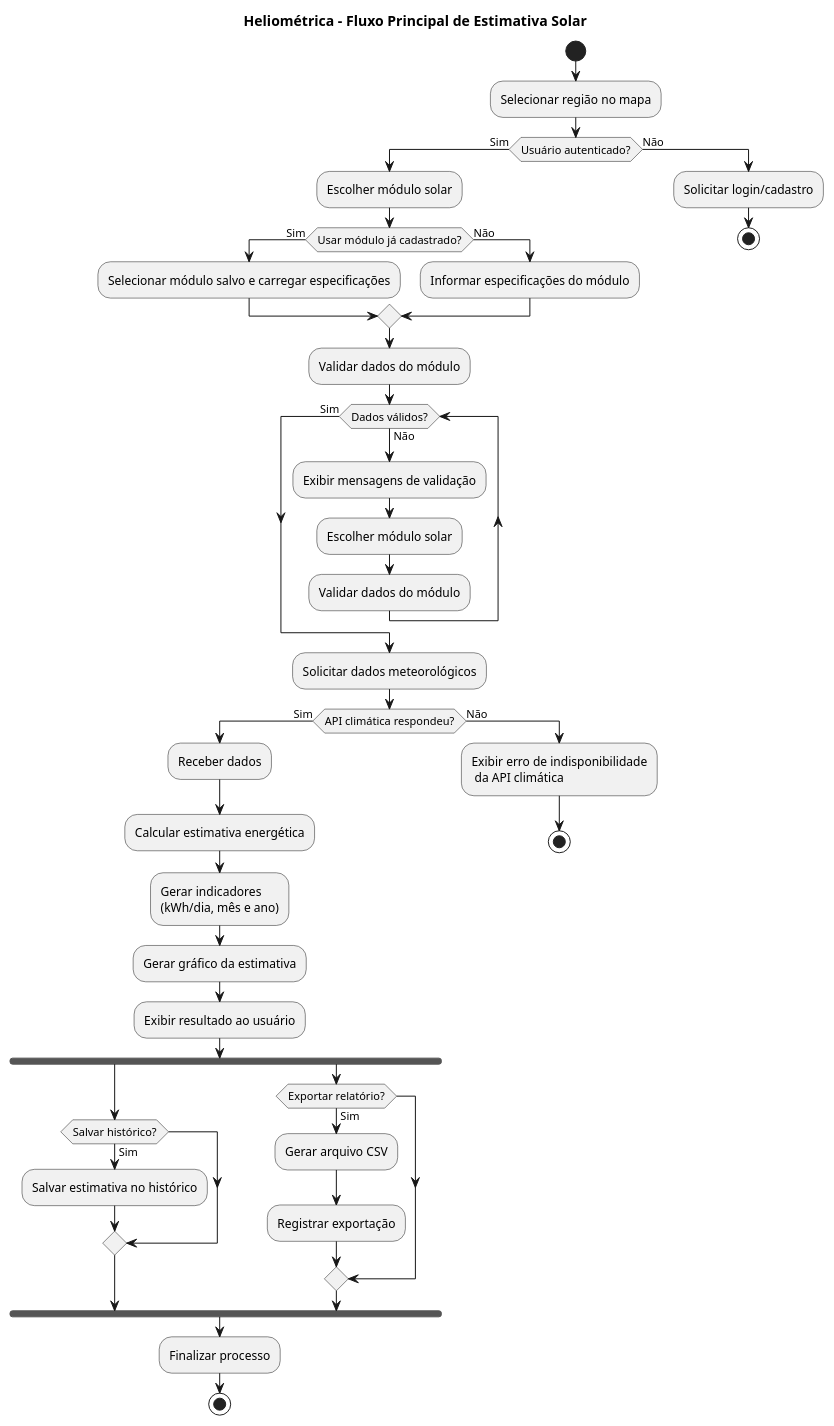
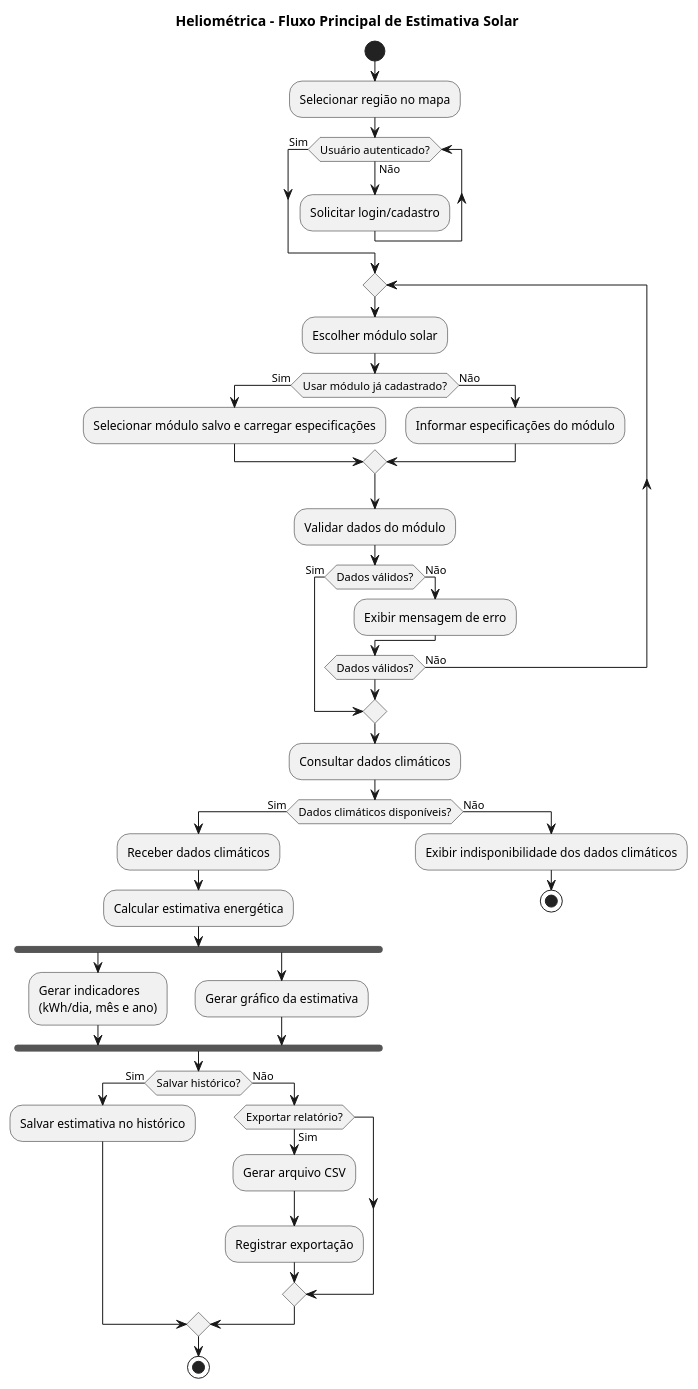
Before and after one commit to heliometrica-project/heliometrica: the diagram in docs/modelagem/unidade02/diagrama-atividades-estimativa.puml, drawn with PlantUML.

Commit message:
corrigir diagrama de atividades

```diff
--- a/docs/modelagem/unidade02/diagrama-atividades-estimativa.puml
+++ b/docs/modelagem/unidade02/diagrama-atividades-estimativa.puml
@@ -1,69 +1,68 @@
 @startuml estimativa
 title Heliométrica - Fluxo Principal de Estimativa Solar
 
 start
 
 :Selecionar região no mapa;
 
-if (Usuário autenticado?) then (Sim)
+while (Usuário autenticado?) is (Não)
+    :Solicitar login/cadastro;
+endwhile (Sim)
+
+repeat
 
     :Escolher módulo solar;
 
     if (Usar módulo já cadastrado?) then (Sim)
         :Selecionar módulo salvo e carregar especificações;
     else (Não)
         :Informar especificações do módulo;
     endif
 
     :Validar dados do módulo;
 
-    while (Dados válidos?) is (Não)
-        :Exibir mensagens de validação;
-        :Escolher módulo solar;
-        :Validar dados do módulo;
-    endwhile (Sim)
+    if (Dados válidos?) then (Sim)
+        break
+    else (Não)
+        :Exibir mensagem de erro;
+    endif
 
-    :Solicitar dados meteorológicos;
+repeat while (Dados válidos?) is (Não)
 
-    if (API climática respondeu?) then (Sim)
+:Consultar dados climáticos;
 
-        :Receber dados;
+if (Dados climáticos disponíveis?) then (Sim)
 
-        :Calcular estimativa energética;
+    :Receber dados climáticos;
+
+    :Calcular estimativa energética;
+
+    fork
         :Gerar indicadores\n(kWh/dia, mês e ano);
+    fork again
         :Gerar gráfico da estimativa;
-        :Exibir resultado ao usuário;
+    end fork
 
-        fork
+    if (Salvar histórico?) then (Sim)
 
-            if (Salvar histórico?) then (Sim)
-                :Salvar estimativa no histórico;
-            endif
-
-        fork again
-
-            if (Exportar relatório?) then (Sim)
-                :Gerar arquivo CSV;
-                :Registrar exportação;
-            endif
-
-        end fork
-
-        :Finalizar processo;
-        stop
+        :Salvar estimativa no histórico;
 
     else (Não)
 
-        :Exibir erro de indisponibilidade\n da API climática;
-        stop
+        if (Exportar relatório?) then (Sim)
+            :Gerar arquivo CSV;
+            :Registrar exportação;
+        endif
 
     endif
 
+    stop
+
 else (Não)
 
-    :Solicitar login/cadastro;
+    :Exibir indisponibilidade dos dados climáticos;
     stop
 
 endif
 
 @enduml
```
